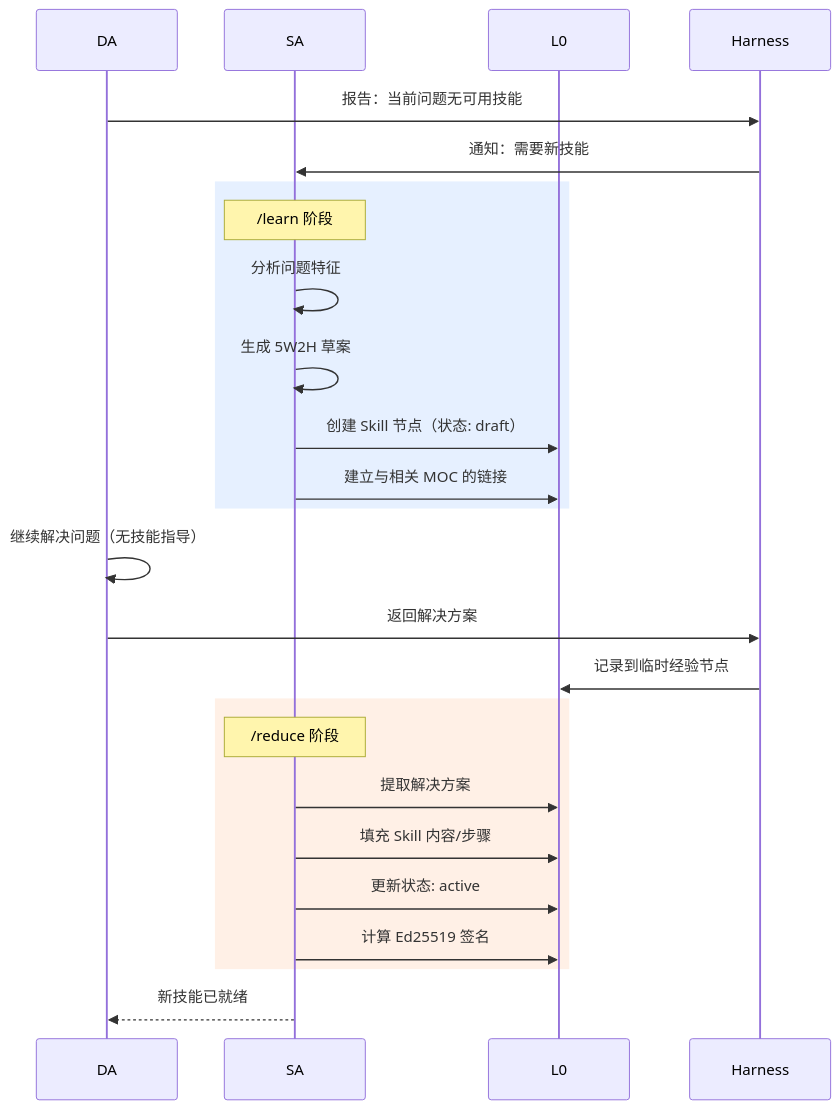
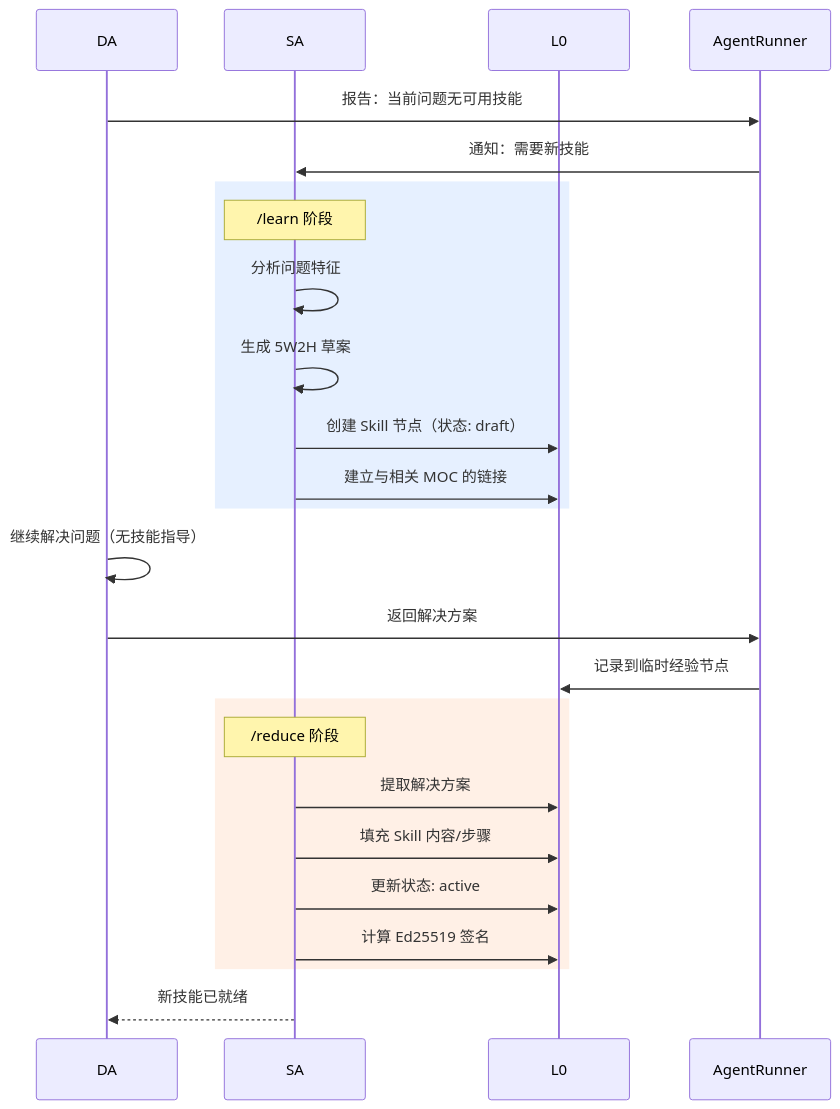
Diagram 14 of 17 in docs/DESIGN_DETAIL.zh.md (skaiy/Wild_AgentOS), drawn with Mermaid before and after one commit. The commit also changed other lines of this file and 8 other files, not shown here.

````diff
--- a/docs/DESIGN_DETAIL.zh.md
+++ b/docs/DESIGN_DETAIL.zh.md
@@ -793,32 +793,32 @@
 ```mermaid
 sequenceDiagram
     participant DA
     participant SA
     participant L0
-    participant Harness
+    participant AR as AgentRunner
 
-    DA->>Harness: 报告：当前问题无可用技能
-    Harness->>SA: 通知：需要新技能
+    DA->>AR: 报告：当前问题无可用技能
+    AR->>SA: 通知：需要新技能
 
     rect rgb(230,240,255)
         Note over SA: /learn 阶段
         SA->>SA: 分析问题特征
         SA->>SA: 生成 5W2H 草案
         SA->>L0: 创建 Skill 节点（状态: draft）
         SA->>L0: 建立与相关 MOC 的链接
     end
 
     DA->>DA: 继续解决问题（无技能指导）
-    DA->>Harness: 返回解决方案
-    Harness->>L0: 记录到临时经验节点
+    DA->>AR: 返回解决方案
+    AR->>L0: 记录到临时经验节点
 
     rect rgb(255,240,230)
         Note over SA: /reduce 阶段
         SA->>L0: 提取解决方案
         SA->>L0: 填充 Skill 内容/步骤
         SA->>L0: 更新状态: active
         SA->>L0: 计算 Ed25519 签名
     end
 
     SA-->>DA: 新技能已就绪
 ```
````
